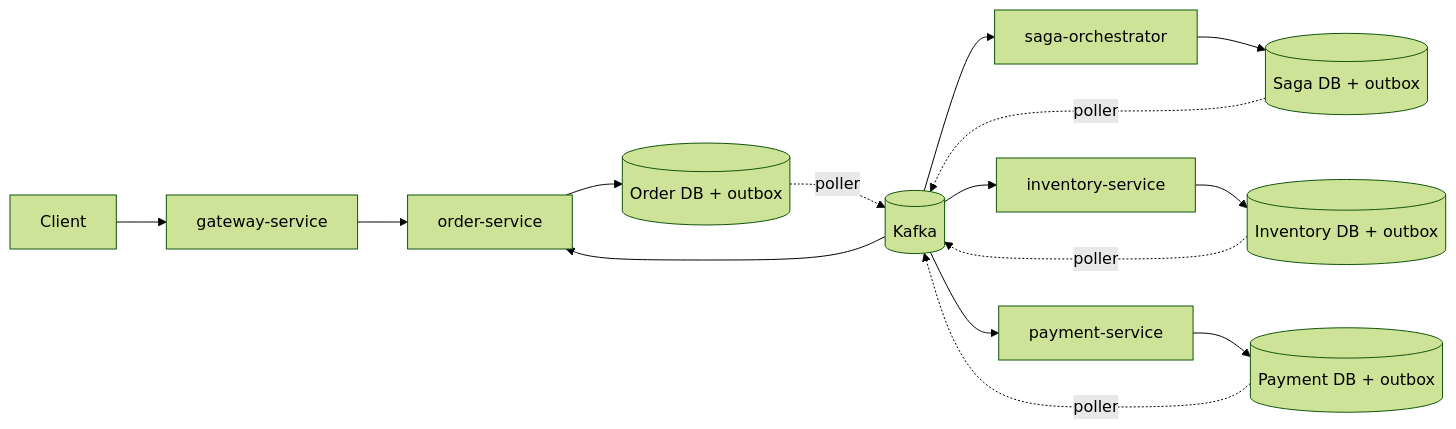
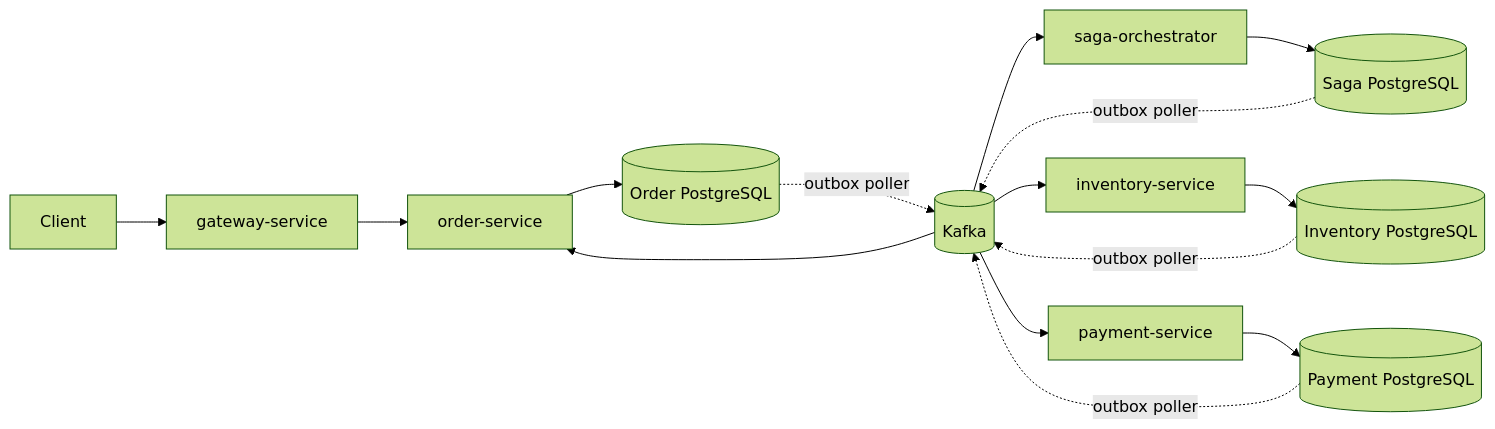
Before and after one commit to dbalmoor/distributed-order-system: the first of 3 diagrams in Readme.md, drawn with Mermaid (forest theme). The commit also changed other lines of this file, not shown here.

Commit message:
fix: Readme to include transactional outbox

````diff
--- a/Readme.md
+++ b/Readme.md
@@ -41,17 +25,17 @@
 ```mermaid
 flowchart LR
     Client --> Gateway[gateway-service]
     Gateway --> Order[order-service]
-    Order --> OrderDB[(Order DB + outbox)]
-    Orch[saga-orchestrator] --> SagaDB[(Saga DB + outbox)]
-    Inv[inventory-service] --> InvDB[(Inventory DB + outbox)]
-    Pay[payment-service] --> PayDB[(Payment DB + outbox)]
-    OrderDB -. poller .-> Kafka[(Kafka)]
-    SagaDB -. poller .-> Kafka
-    InvDB -. poller .-> Kafka
-    PayDB -. poller .-> Kafka
+    Order --> OrderDB[(Order PostgreSQL)]
+    Orchestrator[saga-orchestrator] --> SagaDB[(Saga PostgreSQL)]
+    Inventory[inventory-service] --> InventoryDB[(Inventory PostgreSQL)]
+    Payment[payment-service] --> PaymentDB[(Payment PostgreSQL)]
+    OrderDB -. outbox poller .-> Kafka[(Kafka)]
+    SagaDB -. outbox poller .-> Kafka
+    InventoryDB -. outbox poller .-> Kafka
+    PaymentDB -. outbox poller .-> Kafka
     Kafka --> Order
-    Kafka --> Orch
-    Kafka --> Inv
-    Kafka --> Pay
+    Kafka --> Orchestrator
+    Kafka --> Inventory
+    Kafka --> Payment
 ```
````
